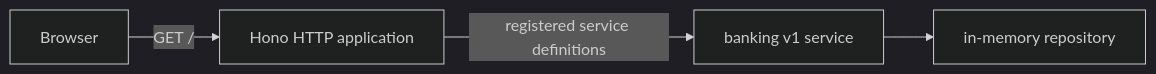
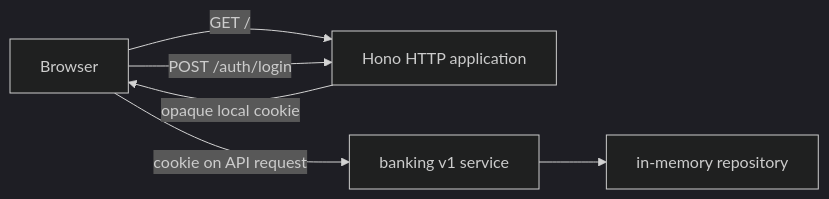
Before and after one commit to puristajs/purista: the diagram in web/src/content/tutorials/banking-ui/index.mdx, drawn with Mermaid (dark theme). The commit also changed other lines of this file and 64 other files, not shown here.

````diff
--- a/web/src/content/tutorials/banking-ui/index.mdx
+++ b/web/src/content/tutorials/banking-ui/index.mdx
@@ -12,6 +12,8 @@
 ```mermaid title="The current local application"
 flowchart LR
   Browser -->|GET /| Hono[Hono HTTP application]
-  Hono -->|registered service definitions| Banking[banking v1 service]
+  Browser -->|POST /auth/login| Hono
+  Hono -->|opaque local cookie| Browser
+  Browser -->|cookie on API request| Banking[banking v1 service]
   Banking --> Repository[in-memory repository]
 ```
````
